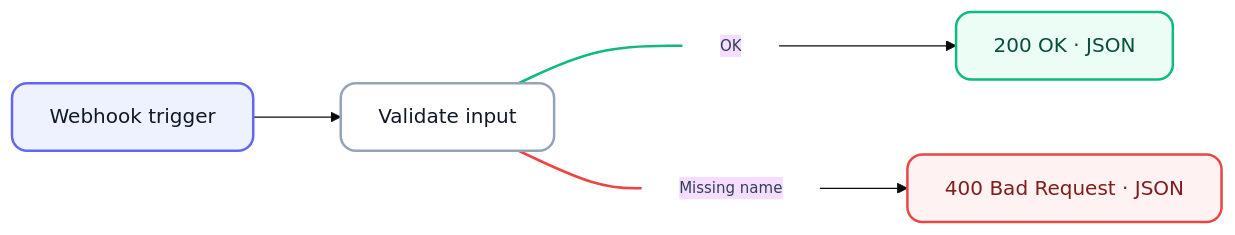
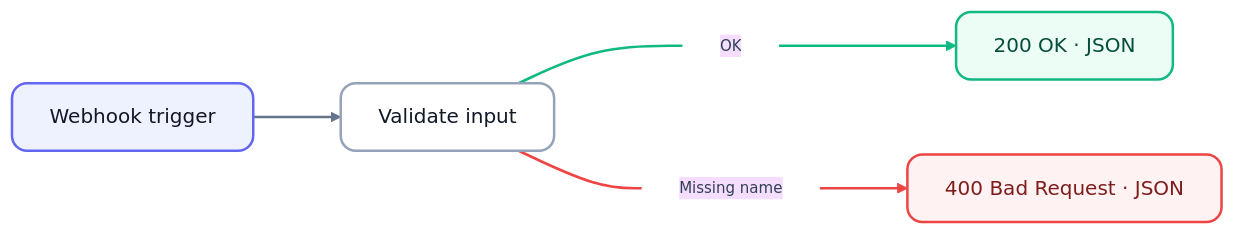
The diagram in docs/concepts/workflow-diagram.md (luisjguedes/docs-portfolio), drawn with Mermaid (base theme) before and after one commit.

````diff
--- a/docs/concepts/workflow-diagram.md
+++ b/docs/concepts/workflow-diagram.md
@@ -1,28 +1,35 @@
 ```mermaid
 
 %%{init: {"flowchart": {"htmlLabels": false, "curve": "basis", "nodeSpacing": 60, "rankSpacing": 70}} }%%
 flowchart LR
   A[Webhook trigger]:::trigger --> B[Validate input]:::process
 
   %% Continuous-looking arrows: line (---) then arrow (-->)
   B --- V[OK]:::edgeLabel --> C[200 OK · JSON]:::success
   B --- X[Missing name]:::edgeLabel --> D[400 Bad Request · JSON]:::error
 
   %% Node styling
   classDef trigger fill:#EEF2FF,stroke:#6366F1,stroke-width:2px,color:#111827,rx:12,ry:12;
   classDef process fill:#FFFFFF,stroke:#94A3B8,stroke-width:2px,color:#111827,rx:12,ry:12;
   classDef success fill:#ECFDF5,stroke:#10B981,stroke-width:2px,color:#064E3B,rx:12,ry:12;
   classDef error fill:#FEF2F2,stroke:#EF4444,stroke-width:2px,color:#7F1D1D,rx:12,ry:12;
 
   %% “Text only” labels (no shape)
   classDef edgeLabel fill:transparent,stroke:transparent,color:#334155,font-size:12px;
-
-  %% Force label nodes to render as just text
   style V fill:transparent,stroke:transparent
   style X fill:transparent,stroke:transparent
 
-  %% Color the branch links (optional)
+  %% Link styling (IMPORTANT: style BOTH segments of each branch)
+  %% Link order here is:
+  %% 0: A-->B
+  %% 1: B---V
+  %% 2: V-->C
+  %% 3: B---X
+  %% 4: X-->D
+  linkStyle 0 stroke:#64748b,stroke-width:2px;
   linkStyle 1 stroke:#10B981,stroke-width:2px;
+  linkStyle 2 stroke:#10B981,stroke-width:2px;
   linkStyle 3 stroke:#EF4444,stroke-width:2px;
+  linkStyle 4 stroke:#EF4444,stroke-width:2px;
 
 ```
````
